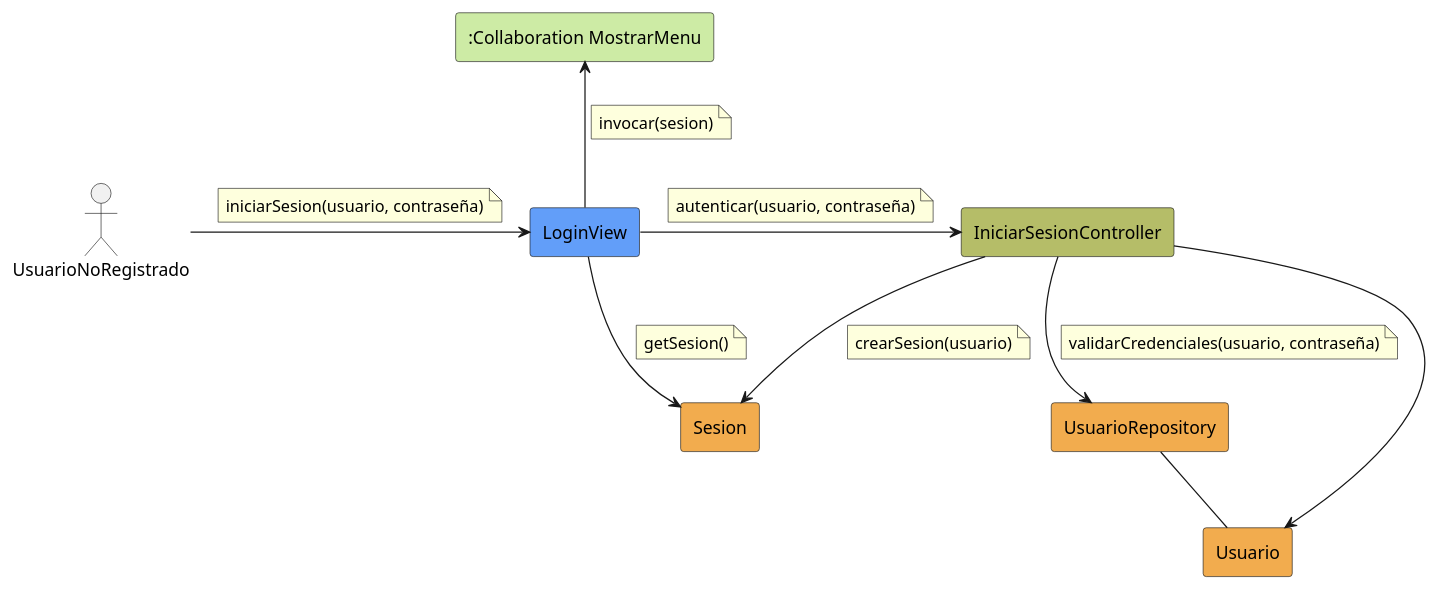
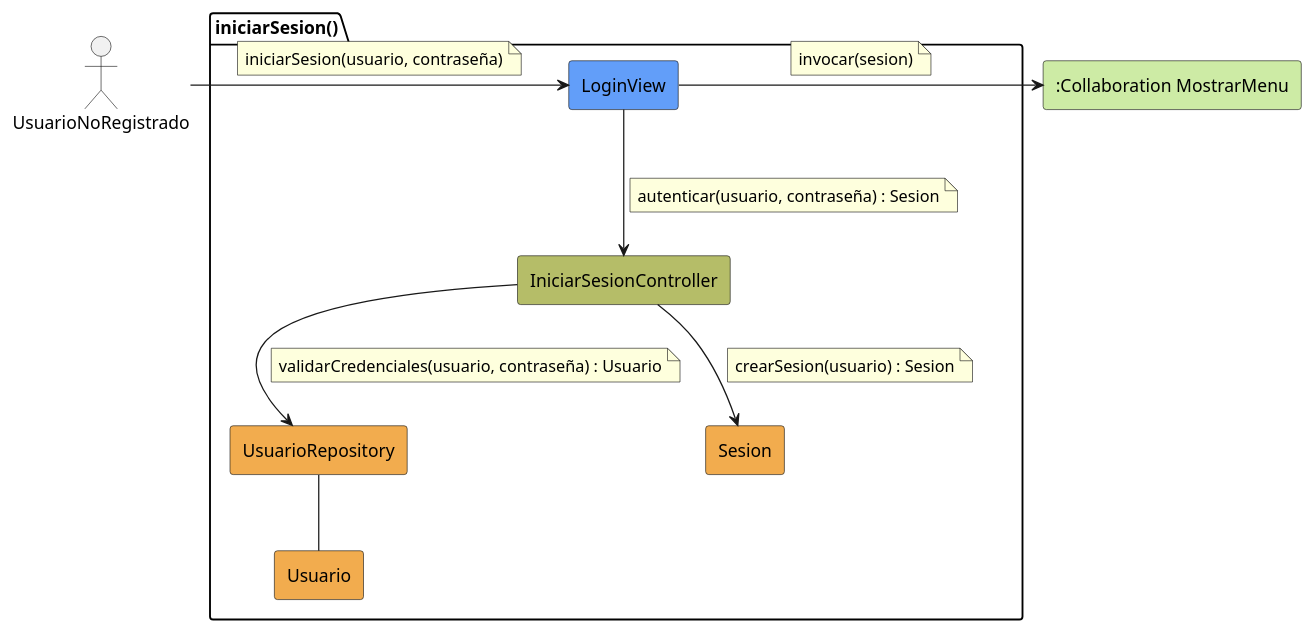
One commit to Hexcss/scheduler changed the diagram in RUP/01-analisis/casos-uso/iniciarSesion/colaboracion.puml. Above: the diagram before and after it, drawn with PlantUML. The commit also changed 2 other files, not shown here.

Commit message:
refactor:refinar diagrama de colaboración para iniciarSesion() para mejorar la adherencia a MVC y eliminar redundancia
- Se encapsularon los componentes dentro de un paquete para mayor claridad
- Se ajustaron las relaciones para reflejar interacciones MVC apropiadas
- Se eliminaron enlaces directos innecesarios entre Controlador y Modelo
- Se actualizó el registro de conversación para documentar el proceso de refinamiento iterativo
- Se revisó el diagrama SVG para que coincida con la estructura de colaboración actualizada

```diff
--- a/RUP/01-analisis/casos-uso/iniciarSesion/colaboracion.puml
+++ b/RUP/01-analisis/casos-uso/iniciarSesion/colaboracion.puml
@@ -1,44 +1,42 @@
 @startuml iniciarSesion-analisis
 
 actor UsuarioNoRegistrado
-rectangle #629EF9 LoginView
-rectangle #b5bd68 IniciarSesionController
-rectangle #F2AC4E UsuarioRepository
-rectangle #F2AC4E Usuario
-rectangle #F2AC4E Sesion
+package iniciarSesion as "iniciarSesion()" {
+    rectangle #629EF9 LoginView
+    rectangle #b5bd68 IniciarSesionController
+    rectangle #F2AC4E UsuarioRepository
+    rectangle #F2AC4E Usuario
+    rectangle #F2AC4E Sesion
+}
 rectangle #CDEBA5 ":Collaboration MostrarMenu" as MostrarMenu
 
-UsuarioNoRegistrado -right-> LoginView
+UsuarioNoRegistrado -r-> LoginView
 note on link
     iniciarSesion(usuario, contraseña)
 end note
 
-LoginView -right-> IniciarSesionController
+LoginView -d-> IniciarSesionController
 note on link
-    autenticar(usuario, contraseña)
+    autenticar(usuario, contraseña) : Sesion
 end note
 
-IniciarSesionController -down-> UsuarioRepository
+IniciarSesionController --> UsuarioRepository
 note on link
-    validarCredenciales(usuario, contraseña)
+    validarCredenciales(usuario, contraseña) : Usuario
 end note
 
-IniciarSesionController --> Usuario
 UsuarioRepository -- Usuario
 
-IniciarSesionController -down-> Sesion
+IniciarSesionController --> Sesion
 note on link
-    crearSesion(usuario)
+    crearSesion(usuario) : Sesion
 end note
 
-LoginView -up-> MostrarMenu
+LoginView -r-> MostrarMenu
 note on link
     invocar(sesion)
 end note
 
-LoginView --> Sesion
-note on link
-    getSesion()
-end note
+
 
 @enduml
```
